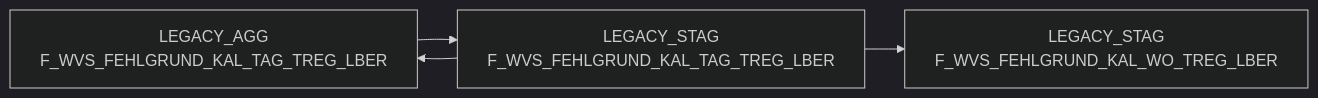
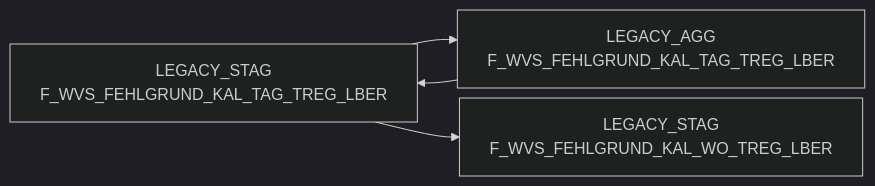
One commit to integration-factory-de/sas_code_docs changed the diagram in docs/Tables/LEGACY_STAG/F_WVS_FEHLGRUND_KAL_TAG_TREG_LBER.md. Above: the diagram before and after it, drawn with Mermaid (dark theme). The commit also changed other lines of this file and 129 other files, not shown here.

````diff
--- a/docs/Tables/LEGACY_STAG/F_WVS_FEHLGRUND_KAL_TAG_TREG_LBER.md
+++ b/docs/Tables/LEGACY_STAG/F_WVS_FEHLGRUND_KAL_TAG_TREG_LBER.md
@@ -9,15 +21,15 @@
 ```mermaid
 %%{init: {'flowchart': { 'nodeSpacing': 10, 'rankSpacing': 40, 'rankdir': 'TB' }}}%%
 
 flowchart LR
 
-  LEGACY_AGG.F_WVS_FEHLGRUND_KAL_TAG_TREG_LBER["LEGACY_AGG<br/>F_WVS_FEHLGRUND_KAL_TAG_TREG_LBER"] --> LEGACY_STAG.F_WVS_FEHLGRUND_KAL_TAG_TREG_LBER["LEGACY_STAG<br/>F_WVS_FEHLGRUND_KAL_TAG_TREG_LBER"]
   LEGACY_STAG.F_WVS_FEHLGRUND_KAL_TAG_TREG_LBER["LEGACY_STAG<br/>F_WVS_FEHLGRUND_KAL_TAG_TREG_LBER"] --> LEGACY_AGG.F_WVS_FEHLGRUND_KAL_TAG_TREG_LBER["LEGACY_AGG<br/>F_WVS_FEHLGRUND_KAL_TAG_TREG_LBER"]
   LEGACY_STAG.F_WVS_FEHLGRUND_KAL_TAG_TREG_LBER["LEGACY_STAG<br/>F_WVS_FEHLGRUND_KAL_TAG_TREG_LBER"] --> LEGACY_STAG.F_WVS_FEHLGRUND_KAL_WO_TREG_LBER["LEGACY_STAG<br/>F_WVS_FEHLGRUND_KAL_WO_TREG_LBER"]
-  click LEGACY_AGG.F_WVS_FEHLGRUND_KAL_TAG_TREG_LBER "../../tables/LEGACY_AGG/F_WVS_FEHLGRUND_KAL_TAG_TREG_LBER"
-  click LEGACY_STAG.F_WVS_FEHLGRUND_KAL_TAG_TREG_LBER "../../tables/LEGACY_STAG/F_WVS_FEHLGRUND_KAL_TAG_TREG_LBER"
+  LEGACY_AGG.F_WVS_FEHLGRUND_KAL_TAG_TREG_LBER["LEGACY_AGG<br/>F_WVS_FEHLGRUND_KAL_TAG_TREG_LBER"] --> LEGACY_STAG.F_WVS_FEHLGRUND_KAL_TAG_TREG_LBER["LEGACY_STAG<br/>F_WVS_FEHLGRUND_KAL_TAG_TREG_LBER"]
   click LEGACY_STAG.F_WVS_FEHLGRUND_KAL_TAG_TREG_LBER "../../tables/LEGACY_STAG/F_WVS_FEHLGRUND_KAL_TAG_TREG_LBER"
   click LEGACY_STAG.F_WVS_FEHLGRUND_KAL_TAG_TREG_LBER "../../tables/LEGACY_STAG/F_WVS_FEHLGRUND_KAL_TAG_TREG_LBER"
   click LEGACY_AGG.F_WVS_FEHLGRUND_KAL_TAG_TREG_LBER "../../tables/LEGACY_AGG/F_WVS_FEHLGRUND_KAL_TAG_TREG_LBER"
+  click LEGACY_AGG.F_WVS_FEHLGRUND_KAL_TAG_TREG_LBER "../../tables/LEGACY_AGG/F_WVS_FEHLGRUND_KAL_TAG_TREG_LBER"
   click LEGACY_STAG.F_WVS_FEHLGRUND_KAL_WO_TREG_LBER "../../tables/LEGACY_STAG/F_WVS_FEHLGRUND_KAL_WO_TREG_LBER"
+  click LEGACY_STAG.F_WVS_FEHLGRUND_KAL_TAG_TREG_LBER "../../tables/LEGACY_STAG/F_WVS_FEHLGRUND_KAL_TAG_TREG_LBER"
 ```
````
